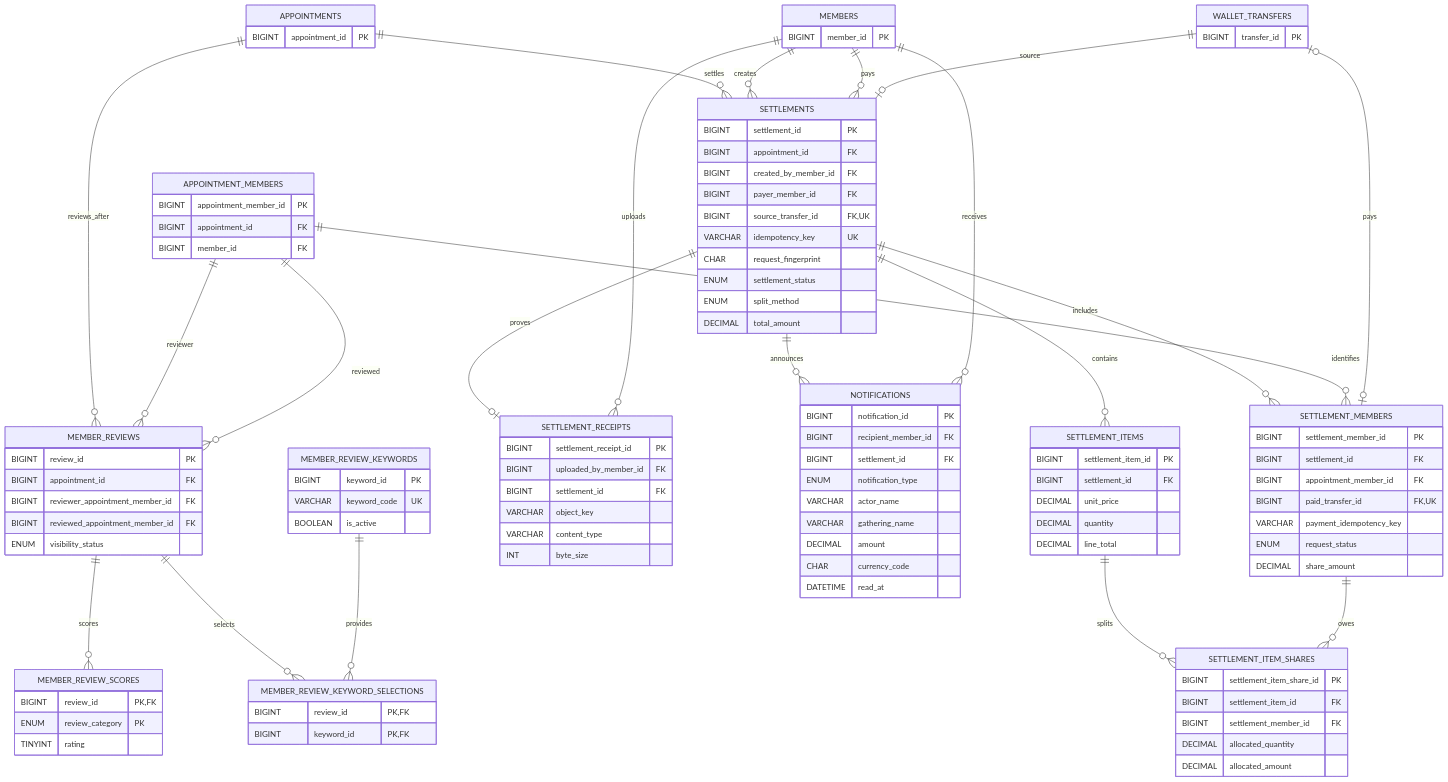
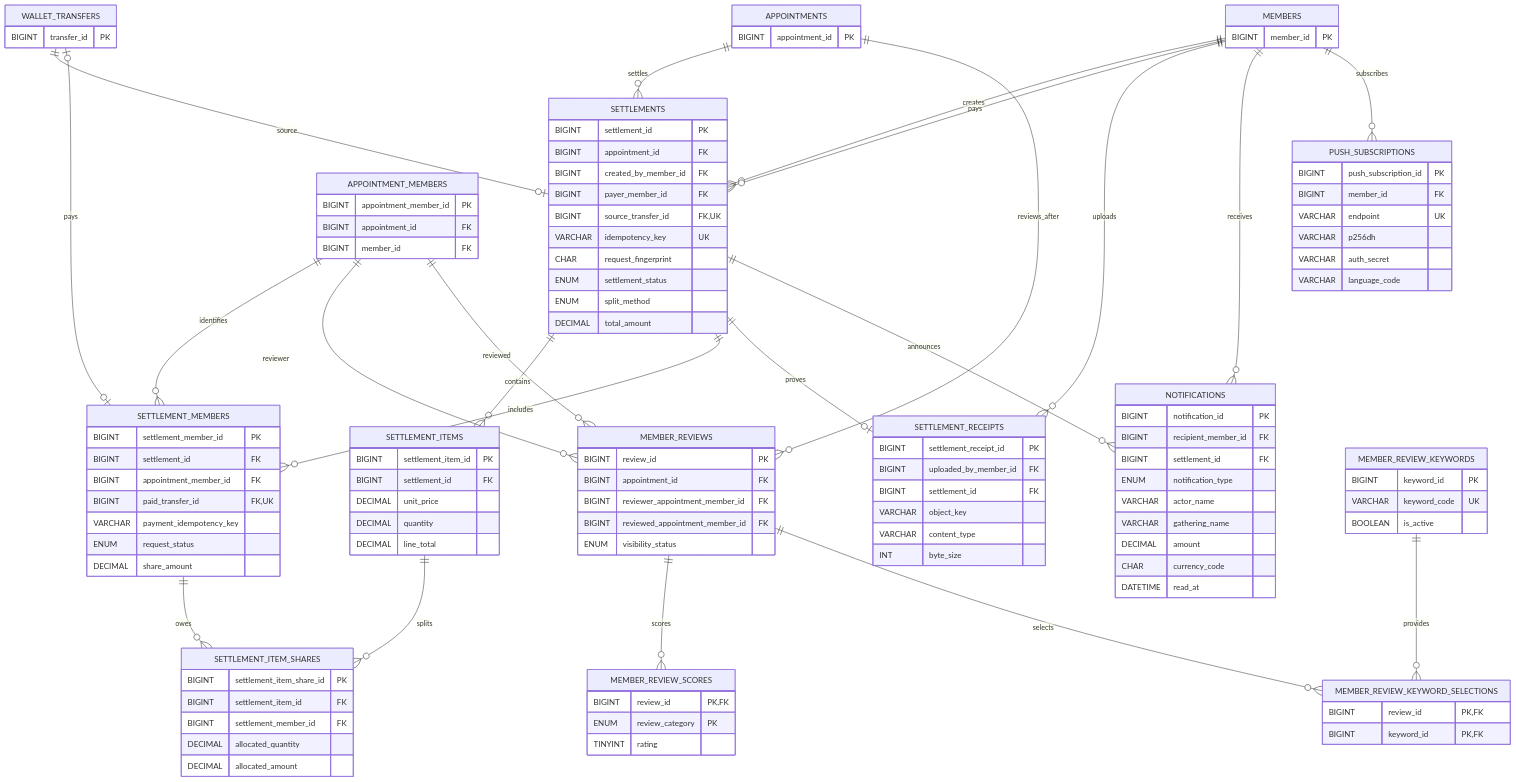
One commit to T-ravelers/NA-WA changed the diagram in backend/docs/database/SETTLEMENT_REVIEW_ERD.md. Above: the diagram before and after it, drawn with Mermaid. The commit also changed other lines of this file and 73 other files, not shown here.

```diff
--- a/backend/docs/database/SETTLEMENT_REVIEW_ERD.md
+++ b/backend/docs/database/SETTLEMENT_REVIEW_ERD.md
@@ -18,6 +18,7 @@
     MEMBERS ||--o{ SETTLEMENT_RECEIPTS : uploads
     SETTLEMENTS ||--o{ NOTIFICATIONS : announces
     MEMBERS ||--o{ NOTIFICATIONS : receives
+    MEMBERS ||--o{ PUSH_SUBSCRIPTIONS : subscribes
 
     APPOINTMENTS ||--o{ MEMBER_REVIEWS : reviews_after
     APPOINTMENT_MEMBERS ||--o{ MEMBER_REVIEWS : reviewer
@@ -104,6 +105,15 @@
         DATETIME read_at
     }
 
+    PUSH_SUBSCRIPTIONS {
+        BIGINT push_subscription_id PK
+        BIGINT member_id FK
+        VARCHAR endpoint UK
+        VARCHAR p256dh
+        VARCHAR auth_secret
+        VARCHAR language_code
+    }
+
     MEMBER_REVIEWS {
         BIGINT review_id PK
         BIGINT appointment_id FK
```
